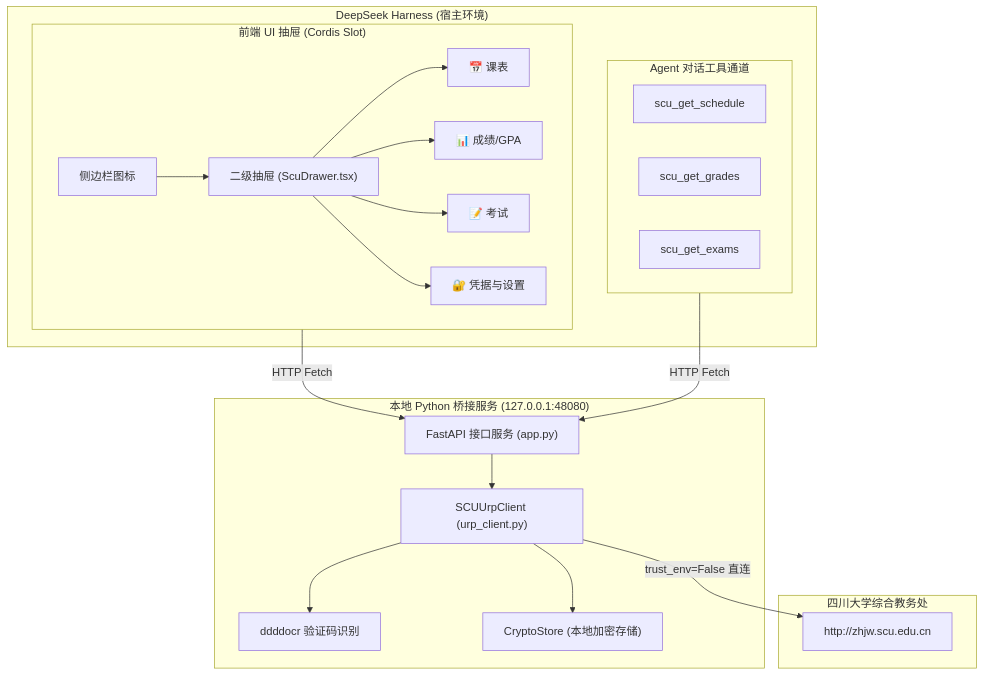
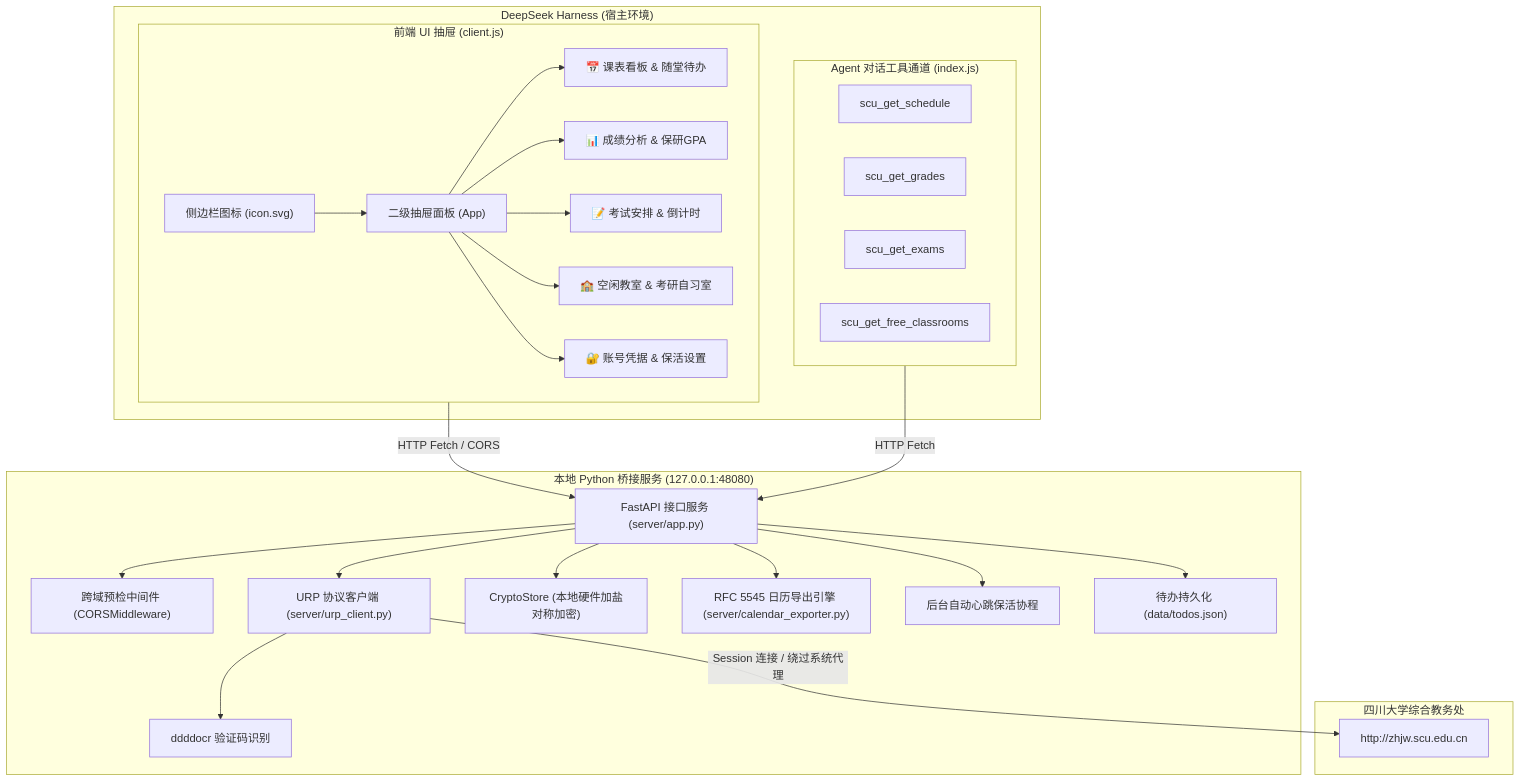
The diagram in README.md (AR-26710-1/dsh-plugin-scu-urp), drawn with Mermaid before and after one commit. The commit also changed other lines of this file and 1 other file, not shown here.

````diff
--- a/README.md
+++ b/README.md
@@ -36,35 +55,45 @@
 ```mermaid
 flowchart TD
     subgraph DSH["DeepSeek Harness (宿主环境)"]
-        subgraph UI["前端 UI 抽屉 (Cordis Slot)"]
-            SidebarIcon["侧边栏图标"] --> Drawer["二级抽屉 (ScuDrawer.tsx)"]
-            Drawer --> TabSchedule["📅 课表"]
-            Drawer --> TabGrades["📊 成绩/GPA"]
-            Drawer --> TabExams["📝 考试"]
-            Drawer --> TabSettings["🔐 凭据与设置"]
+        subgraph UI["前端 UI 抽屉 (client.js)"]
+            Sidebar["侧边栏图标 (icon.svg)"] --> Drawer["二级抽屉面板 (App)"]
+            Drawer --> TabSchedule["📅 课表看板 & 随堂待办"]
+            Drawer --> TabGrades["📊 成绩分析 & 保研GPA"]
+            Drawer --> TabExams["📝 考试安排 & 倒计时"]
+            Drawer --> TabRooms["🏫 空闲教室 & 考研自习室"]
+            Drawer --> TabSettings["🔐 账号凭据 & 保活设置"]
         end
-        subgraph Tools["Agent 对话工具通道"]
+        subgraph Tools["Agent 对话工具通道 (index.js)"]
             T1["scu_get_schedule"]
             T2["scu_get_grades"]
             T3["scu_get_exams"]
+            T4["scu_get_free_classrooms"]
         end
     end
 
-    subgraph Server["本地 Python 桥接服务 (127.0.0.1:48080)"]
-        FastAPI["FastAPI 接口服务 (app.py)"]
-        Client["SCUUrpClient (urp_client.py)"]
+    subgraph Backend["本地 Python 桥接服务 (127.0.0.1:48080)"]
+        FastAPI["FastAPI 接口服务 (server/app.py)"]
+        CORS["跨域预检中间件 (CORSMiddleware)"]
+        Client["URP 协议客户端 (server/urp_client.py)"]
         OCR["ddddocr 验证码识别"]
-        Store["CryptoStore (本地加密存储)"]
+        Store["CryptoStore (本地硬件加盐对称加密)"]
+        ICS["RFC 5545 日历导出引擎 (server/calendar_exporter.py)"]
+        Heartbeat["后台自动心跳保活协程"]
+        Todos["待办持久化 (data/todos.json)"]
     end
 
     subgraph Remote["四川大学综合教务处"]
         URP["http://zhjw.scu.edu.cn"]
     end
 
-    UI -->|HTTP Fetch| FastAPI
+    UI -->|HTTP Fetch / CORS| FastAPI
     Tools -->|HTTP Fetch| FastAPI
+    FastAPI --> CORS
+    FastAPI --> Heartbeat
     FastAPI --> Client
+    FastAPI --> Store
+    FastAPI --> ICS
+    FastAPI --> Todos
     Client --> OCR
-    Client --> Store
-    Client -->|trust_env=False 直连| URP
+    Client -->|Session 连接 / 绕过系统代理| URP
 ```
````
